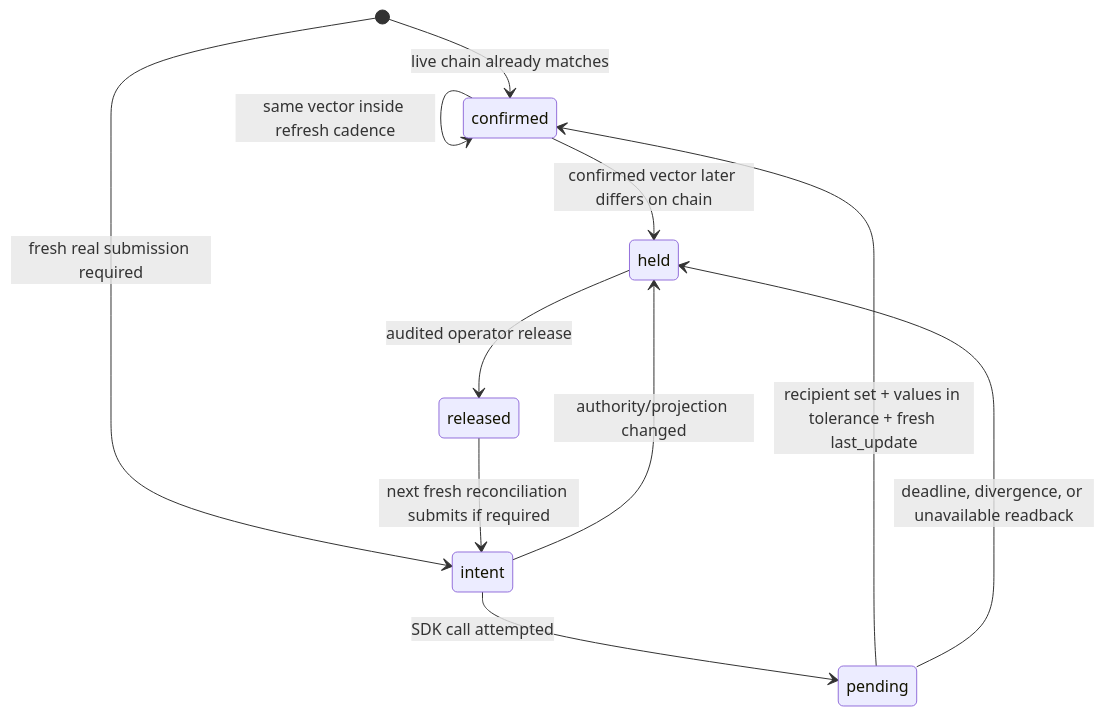
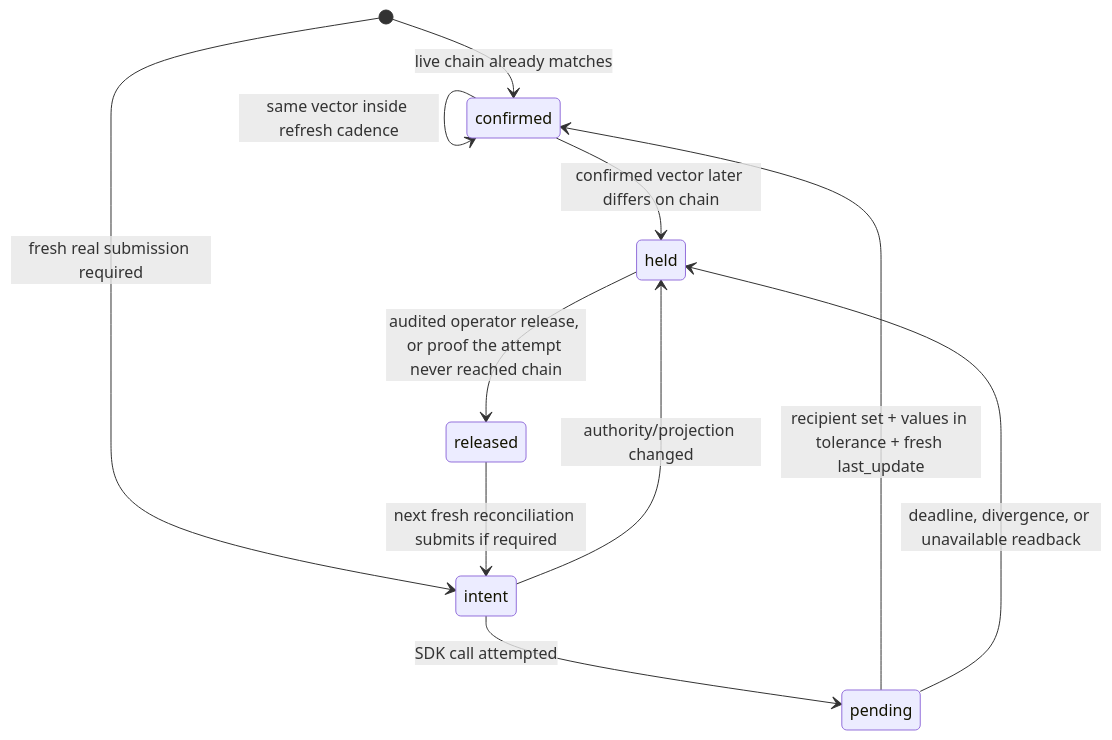
Before and after one commit to latent-to/cacheon: the second of 2 diagrams in docs/validator-guide/settlement-and-weights.md, drawn with Mermaid. The commit also changed other lines of this file and 4 other files, not shown here.

````diff
--- a/docs/validator-guide/settlement-and-weights.md
+++ b/docs/validator-guide/settlement-and-weights.md
@@ -342,13 +342,13 @@
 ```mermaid
 stateDiagram-v2
     [*] --> confirmed: live chain already matches
     [*] --> intent: fresh real submission required
     intent --> pending: SDK call attempted
     pending --> confirmed: recipient set + values in tolerance + fresh last_update
     intent --> held: authority/projection changed
     pending --> held: deadline, divergence, or unavailable readback
     confirmed --> confirmed: same vector inside refresh cadence
     confirmed --> held: confirmed vector later differs on chain
-    held --> released: audited operator release
+    held --> released: audited operator release, or proof the attempt never reached chain
     released --> intent: next fresh reconciliation submits if required
 ```
````
